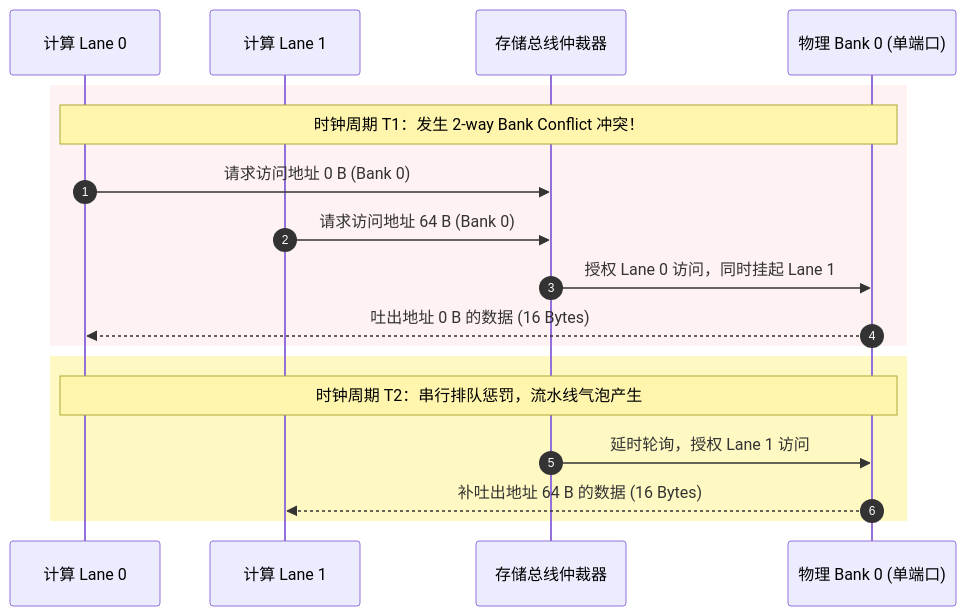
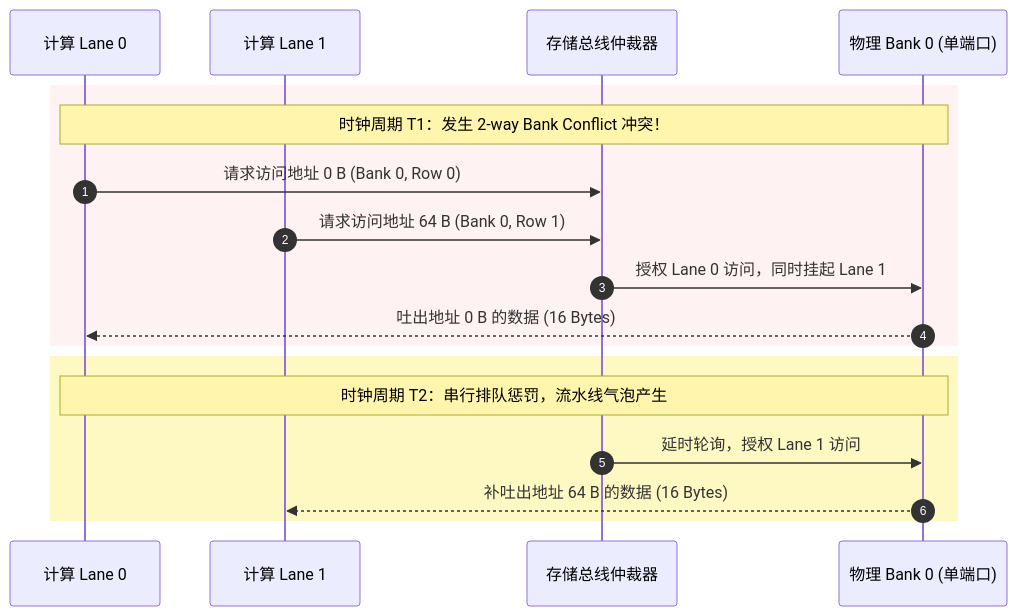
The fifth of 13 diagrams in src/content/posts/npu-memory-architecture-ag-bank-conflict-and-convolution-stride-guide.md (hqu-little-boy/blog), drawn with Mermaid before and after one commit. The commit also changed other lines of this file, not shown here.

````diff
--- a/src/content/posts/npu-memory-architecture-ag-bank-conflict-and-convolution-stride-guide.md
+++ b/src/content/posts/npu-memory-architecture-ag-bank-conflict-and-convolution-stride-guide.md
@@ -219,22 +294,22 @@
 ```mermaid
 sequenceDiagram
     autonumber
     participant Lane0 as 计算 Lane 0
     participant Lane1 as 计算 Lane 1
     participant Arbiter as 存储总线仲裁器
     participant Bank0 as 物理 Bank 0 (单端口)
 
     rect rgb(254, 242, 242)
     Note over Lane0, Bank0: 时钟周期 T1：发生 2-way Bank Conflict 冲突！
-    Lane0->>Arbiter: 请求访问地址 0 B (Bank 0)
-    Lane1->>Arbiter: 请求访问地址 64 B (Bank 0)
+    Lane0->>Arbiter: 请求访问地址 0 B (Bank 0, Row 0)
+    Lane1->>Arbiter: 请求访问地址 64 B (Bank 0, Row 1)
     Arbiter->>Bank0: 授权 Lane 0 访问，同时挂起 Lane 1
     Bank0-->>Lane0: 吐出地址 0 B 的数据 (16 Bytes)
     end
 
     rect rgb(254, 249, 195)
     Note over Lane0, Bank0: 时钟周期 T2：串行排队惩罚，流水线气泡产生
     Arbiter->>Bank0: 延时轮询，授权 Lane 1 访问
     Bank0-->>Lane1: 补吐出地址 64 B 的数据 (16 Bytes)
     end
 ```
````
